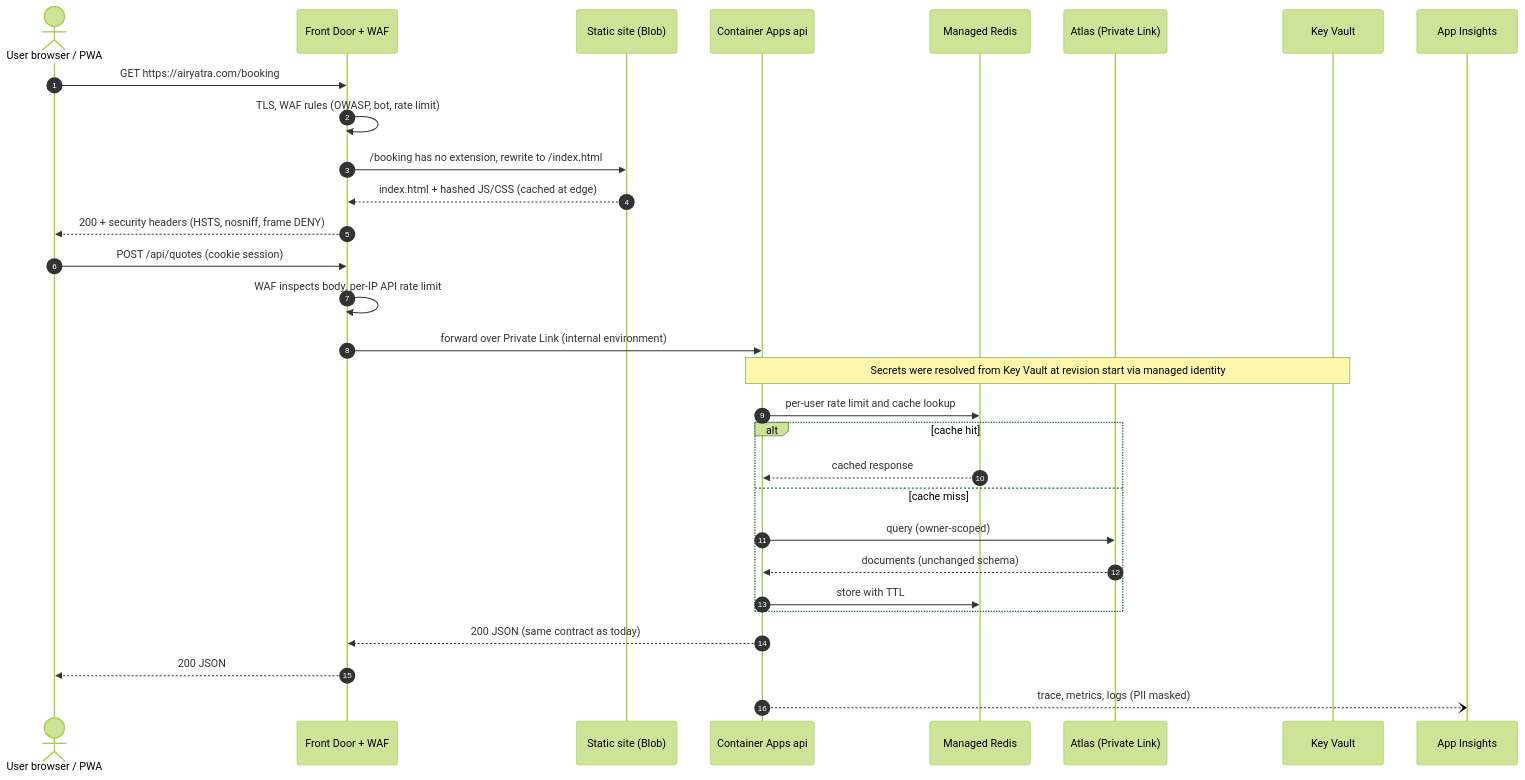
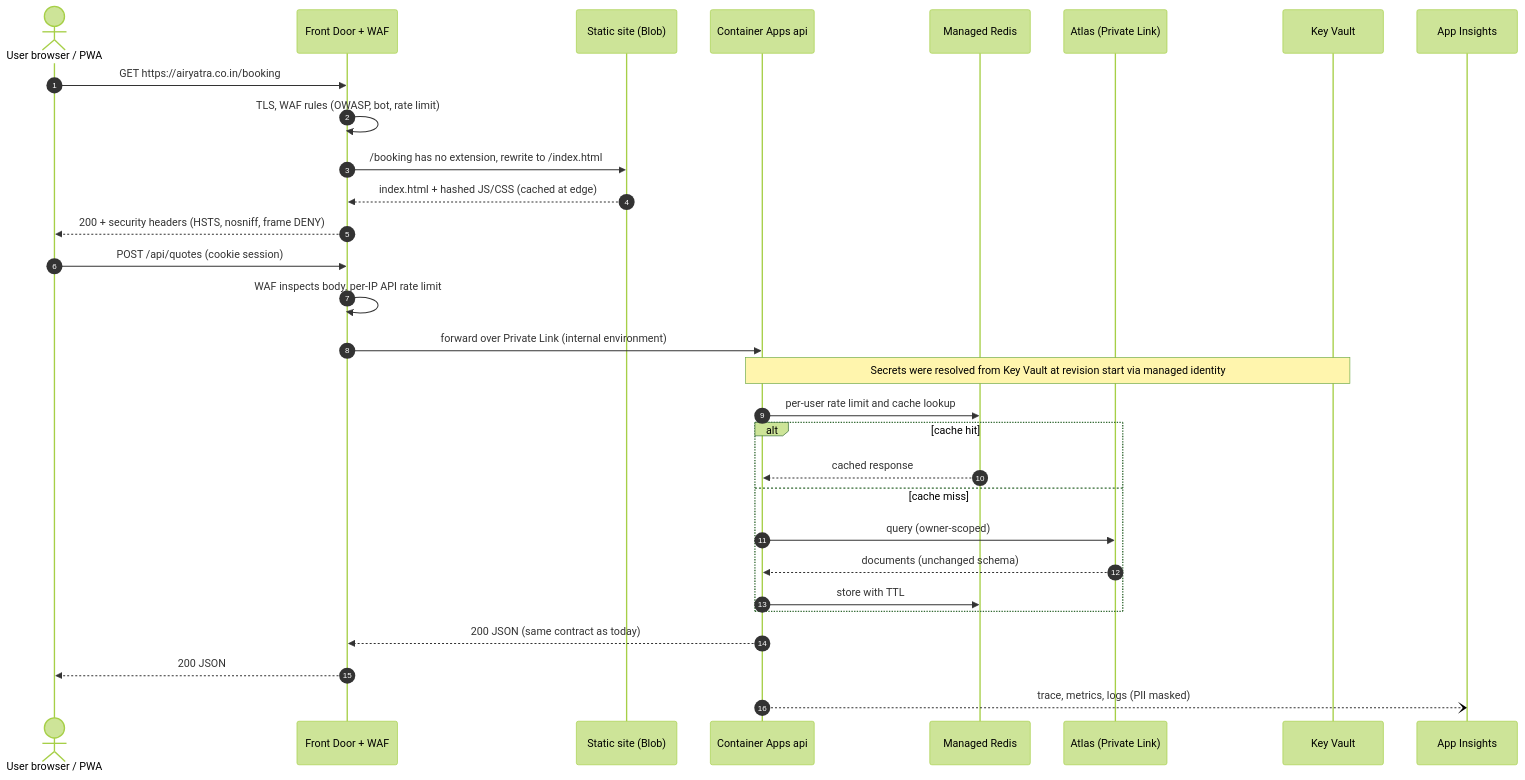
The first of 8 diagrams in docs/architecture/02-sequence-diagrams-high-level.md (vishal29bhp/AirYatra), drawn with Mermaid (forest theme) before and after one commit. The commit also changed other lines of this file and 9 other files, not shown here.

````diff
--- a/docs/architecture/02-sequence-diagrams-high-level.md
+++ b/docs/architecture/02-sequence-diagrams-high-level.md
@@ -22,34 +22,34 @@
 ```mermaid
 sequenceDiagram
     autonumber
     actor U as User browser / PWA
     participant AFD as Front Door + WAF
     participant WEB as Static site (Blob)
     participant API as Container Apps api
     participant R as Managed Redis
     participant DB as Atlas (Private Link)
     participant KV as Key Vault
     participant AI as App Insights
 
-    U->>AFD: GET https://airyatra.com/booking
+    U->>AFD: GET https://airyatra.co.in/booking
     AFD->>AFD: TLS, WAF rules (OWASP, bot, rate limit)
     AFD->>WEB: /booking has no extension, rewrite to /index.html
     WEB-->>AFD: index.html + hashed JS/CSS (cached at edge)
     AFD-->>U: 200 + security headers (HSTS, nosniff, frame DENY)
 
     U->>AFD: POST /api/quotes (cookie session)
     AFD->>AFD: WAF inspects body, per-IP API rate limit
     AFD->>API: forward over Private Link (internal environment)
     Note over API,KV: Secrets were resolved from Key Vault at revision start via managed identity
     API->>R: per-user rate limit and cache lookup
     alt cache hit
         R-->>API: cached response
     else cache miss
         API->>DB: query (owner-scoped)
         DB-->>API: documents (unchanged schema)
         API->>R: store with TTL
     end
     API-->>AFD: 200 JSON (same contract as today)
     AFD-->>U: 200 JSON
     API--)AI: trace, metrics, logs (PII masked)
 ```
````
